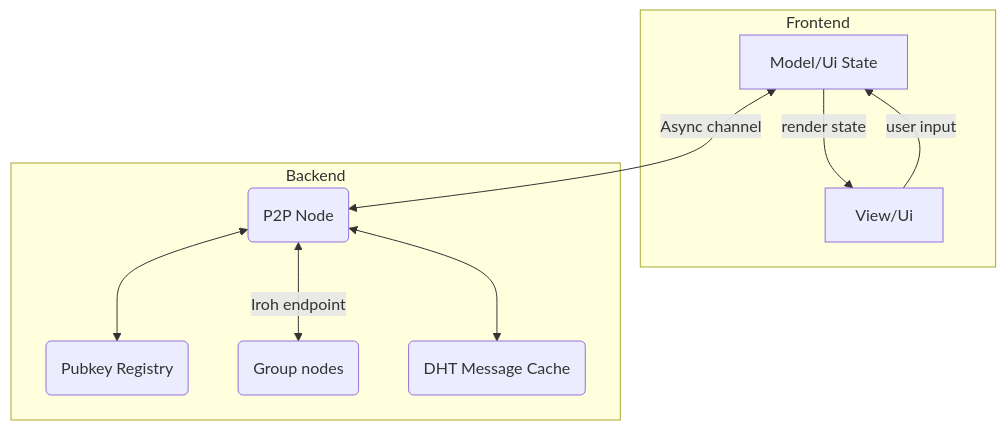
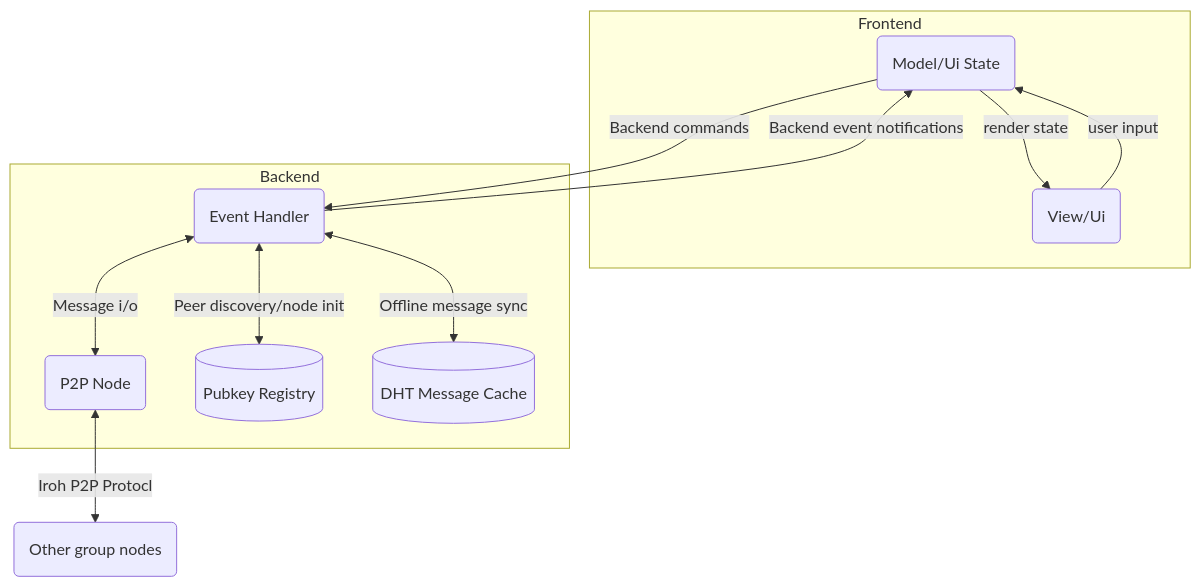
The diagram in README.md (GabrielNakamoto/juus), drawn with Mermaid before and after one commit. The commit also changed other lines of this file and 2 other files, not shown here.

Commit message:
Update readme, make workspace

````diff
--- a/README.md
+++ b/README.md
@@ -8,13 +7,15 @@
 ```mermaid
 flowchart TD
     subgraph Frontend
-        X[Model/Ui State] -->|render state| B[View/Ui]
+        X(Model/Ui State) -->|render state| B(View/Ui)
         B -->|user input| X
     end
     subgraph Backend
-        C(P2P Node) <--> D(Pubkey Registry)
-        C <-->|Iroh endpoint| E(Group nodes)
-        C <--> F(DHT Message Cache)
+        C(Event Handler) <-->|Message i/o| Y(P2P Node)
+		C <-->|Peer discovery/node init| D[(Pubkey Registry)]
+        C <-->|Offline message sync| F[(DHT Message Cache)]
     end
-    X <-->|Async channel| C
+    X -->|Backend commands|C
+    C -->|Backend event notifications|X
+    Y <-->|Iroh P2P Protocl| E(Other group nodes)
 ```
````
